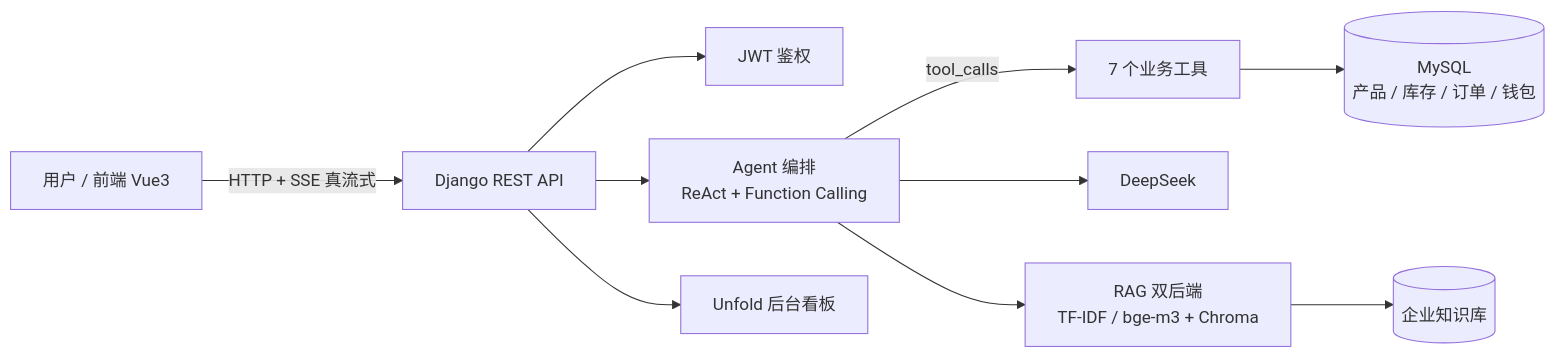
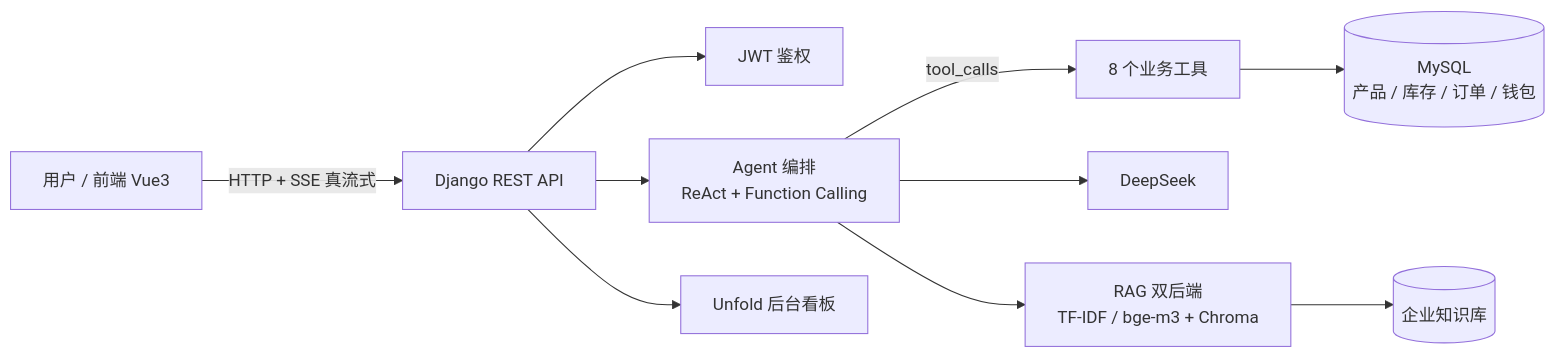
Before and after one commit to tykkkkkkan/ZT-agent: the diagram in README.md, drawn with Mermaid. The commit also changed other lines of this file and 5 other files, not shown here.

````diff
--- a/README.md
+++ b/README.md
@@ -23,12 +23,12 @@
 ```mermaid
 flowchart LR
     U[用户 / 前端 Vue3] -->|HTTP + SSE 真流式| API[Django REST API]
     API --> JWT[JWT 鉴权]
     API --> AG[Agent 编排<br/>ReAct + Function Calling]
-    AG -->|tool_calls| T[7 个业务工具]
+    AG -->|tool_calls| T[8 个业务工具]
     T --> DB[(MySQL<br/>产品 / 库存 / 订单 / 钱包)]
     AG --> LLM[DeepSeek]
     AG --> RAG[RAG 双后端<br/>TF-IDF / bge-m3 + Chroma]
     RAG --> KB[(企业知识库)]
     API --> AD[Unfold 后台看板]
 ```
````
